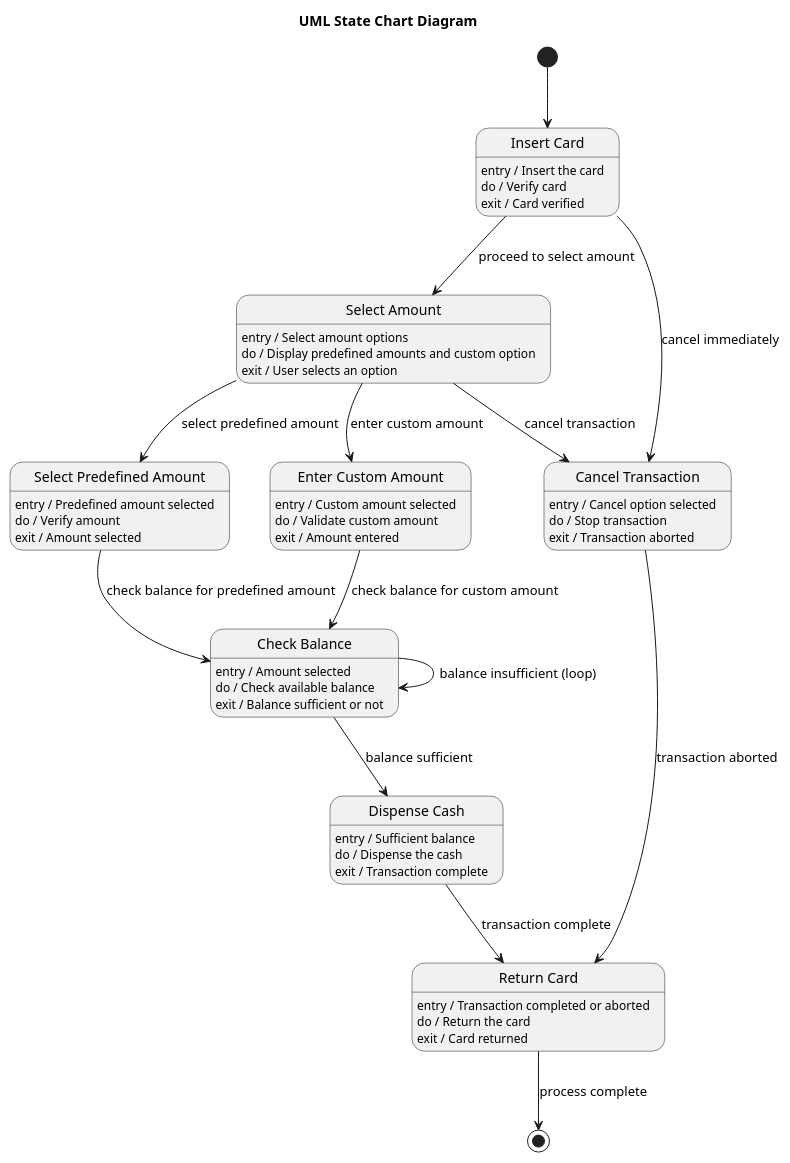
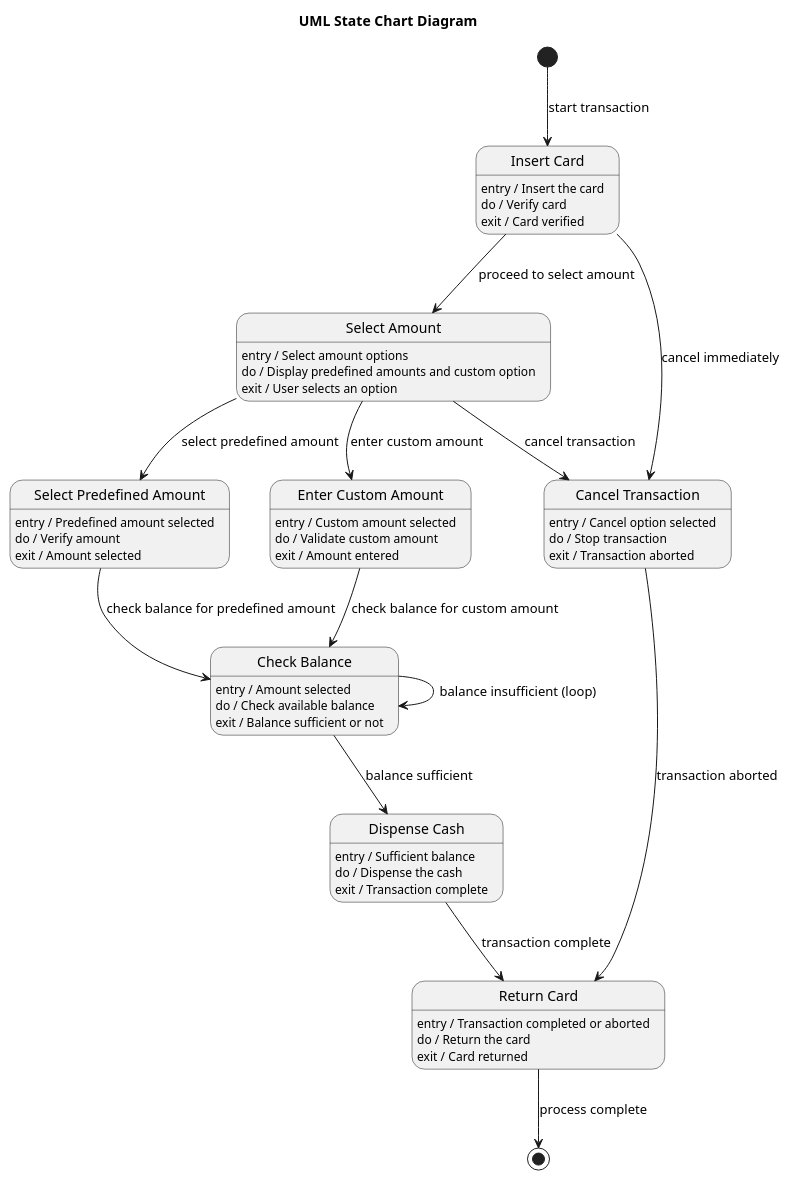
The diagram in results/plantuml_pipeline/runs/open_source__deepseek_r1_14b__few_shot_validation_generator_critic_repair__syntax_grounded/case_59_atm_1/run_01.repair_01.puml (maimunafaria/State_transition_Diagram_generated_by_LLM), drawn with PlantUML before and after one commit. The commit also changed 349 other files, not shown here.

```diff
--- a/results/plantuml_pipeline/runs/open_source__deepseek_r1_14b__few_shot_validation_generator_critic_repair__syntax_grounded/case_59_atm_1/run_01.repair_01.puml
+++ b/results/plantuml_pipeline/runs/open_source__deepseek_r1_14b__few_shot_validation_generator_critic_repair__syntax_grounded/case_59_atm_1/run_01.repair_01.puml
@@ -1,63 +1,63 @@
 @startuml
 title UML State Chart Diagram
 
-[*] --> InsertCard
+[*] --> InsertCard : start transaction
 
 state "Insert Card" as InsertCard
 InsertCard : entry / Insert the card
 InsertCard : do / Verify card
 InsertCard : exit / Card verified
 
 state "Select Amount" as SelectAmount
 SelectAmount : entry / Select amount options
 SelectAmount : do / Display predefined amounts and custom option
 SelectAmount : exit / User selects an option
 
 state "Select Predefined Amount" as SelectPredefined
 SelectPredefined : entry / Predefined amount selected
 SelectPredefined : do / Verify amount
 SelectPredefined : exit / Amount selected
 
 state "Enter Custom Amount" as EnterCustomAmount
 EnterCustomAmount : entry / Custom amount selected
 EnterCustomAmount : do / Validate custom amount
 EnterCustomAmount : exit / Amount entered
 
 state "Check Balance" as CheckBalance
 CheckBalance : entry / Amount selected
 CheckBalance : do / Check available balance
 CheckBalance : exit / Balance sufficient or not
 
 state "Dispense Cash" as DispenseCash
 DispenseCash : entry / Sufficient balance
 DispenseCash : do / Dispense the cash
 DispenseCash : exit / Transaction complete
 
 state "Cancel Transaction" as CancelTransaction
 CancelTransaction : entry / Cancel option selected
 CancelTransaction : do / Stop transaction
 CancelTransaction : exit / Transaction aborted
 
 state "Return Card" as ReturnCard
 ReturnCard : entry / Transaction completed or aborted
 ReturnCard : do / Return the card
 ReturnCard : exit / Card returned
 
 InsertCard --> SelectAmount : proceed to select amount
 InsertCard --> CancelTransaction : cancel immediately
 
 SelectAmount --> SelectPredefined : select predefined amount
 SelectAmount --> EnterCustomAmount : enter custom amount
 SelectAmount --> CancelTransaction : cancel transaction
 
 SelectPredefined --> CheckBalance : check balance for predefined amount
 EnterCustomAmount --> CheckBalance : check balance for custom amount
 
 CheckBalance --> DispenseCash : balance sufficient
 CheckBalance --> CheckBalance : balance insufficient (loop)
 
 DispenseCash --> ReturnCard : transaction complete
 CancelTransaction --> ReturnCard : transaction aborted
 
 ReturnCard --> [*] : process complete
 @enduml
```
